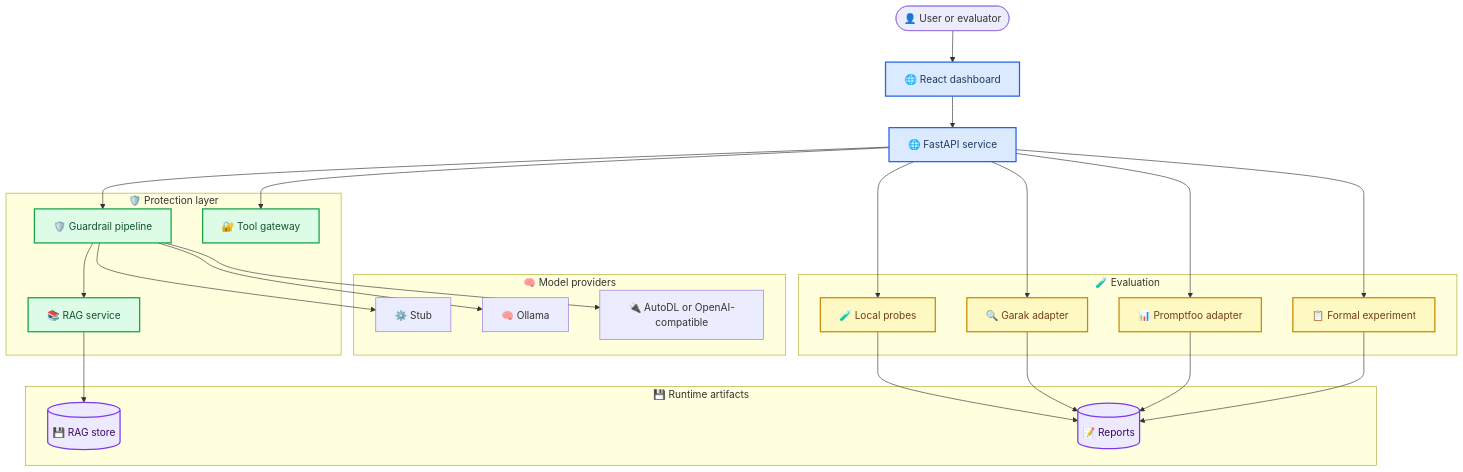
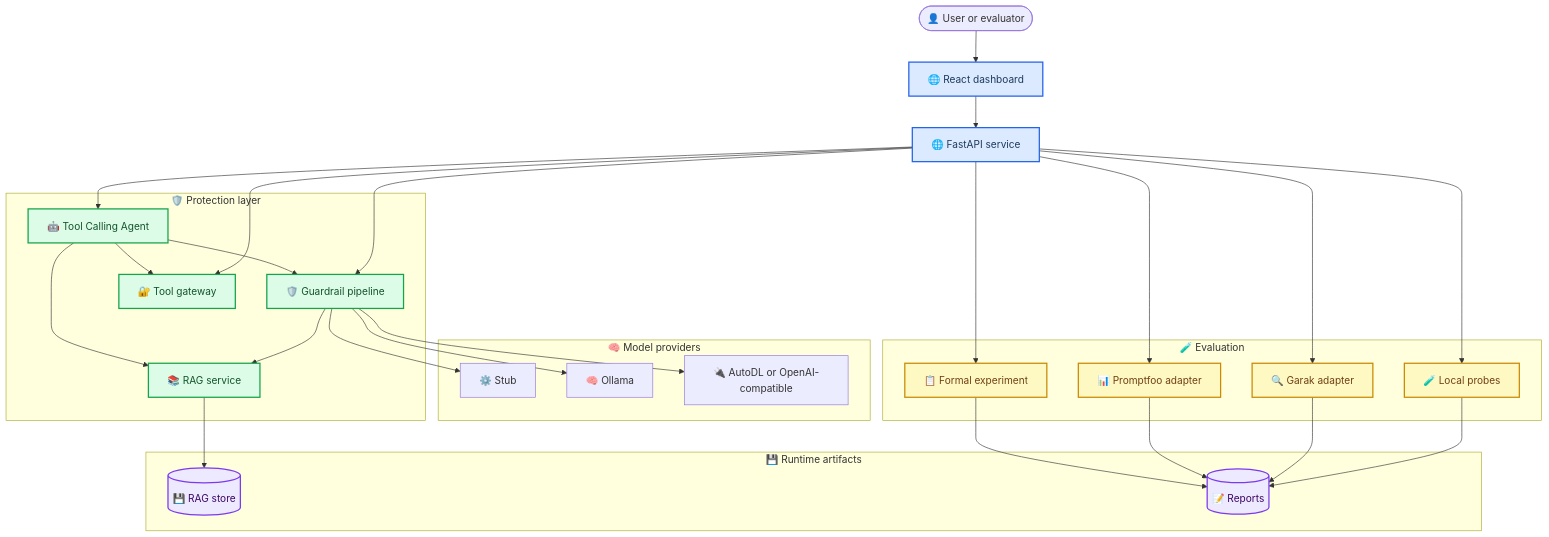
One commit to laixian805-tech/llm-security-guardrail-platform changed the first of 3 diagrams in README.md. Above: the diagram before and after it, drawn with Mermaid. The commit also changed other lines of this file and 29 other files, not shown here.

````diff
--- a/README.md
+++ b/README.md
@@ -77,58 +112,63 @@
 ```mermaid
 flowchart TB
     accTitle: Guardrail Platform Architecture
     accDescr: The diagram shows how the frontend, FastAPI backend, guardrail pipeline, RAG service, model providers, tool gateway, and report store work together.
 
     user([👤 User or evaluator]) --> frontend[🌐 React dashboard]
     frontend --> api[🌐 FastAPI service]
 
     subgraph protection ["🛡️ Protection layer"]
         guardrail[🛡️ Guardrail pipeline]
         rag[📚 RAG service]
         tool_gateway[🔐 Tool gateway]
+        tool_agent[🤖 Tool Calling Agent]
     end
 
     subgraph model_layer ["🧠 Model providers"]
         stub[⚙️ Stub]
         ollama[🧠 Ollama]
         compatible[🔌 AutoDL or OpenAI-compatible]
     end
 
     subgraph evaluation ["🧪 Evaluation"]
         local_runner[🧪 Local probes]
         garak[🔍 Garak adapter]
         promptfoo[📊 Promptfoo adapter]
         formal[📋 Formal experiment]
     end
 
     subgraph storage ["💾 Runtime artifacts"]
         rag_store[(💾 RAG store)]
         reports[(📝 Reports)]
     end
 
     api --> guardrail
     guardrail --> rag
     rag --> rag_store
     guardrail --> stub
     guardrail --> ollama
     guardrail --> compatible
     api --> tool_gateway
+    api --> tool_agent
+    tool_agent --> guardrail
+    tool_agent --> rag
+    tool_agent --> tool_gateway
     api --> local_runner
     api --> garak
     api --> promptfoo
     api --> formal
     local_runner --> reports
     garak --> reports
     promptfoo --> reports
     formal --> reports
 
     classDef api_style fill:#dbeafe,stroke:#2563eb,stroke-width:2px,color:#1e3a5f
     classDef guard_style fill:#dcfce7,stroke:#16a34a,stroke-width:2px,color:#14532d
     classDef eval_style fill:#fef9c3,stroke:#ca8a04,stroke-width:2px,color:#713f12
     classDef data_style fill:#ede9fe,stroke:#7c3aed,stroke-width:2px,color:#3b0764
 
     class frontend,api api_style
-    class guardrail,rag,tool_gateway guard_style
+    class guardrail,rag,tool_gateway,tool_agent guard_style
     class local_runner,garak,promptfoo,formal eval_style
     class rag_store,reports data_style
 ```
````
